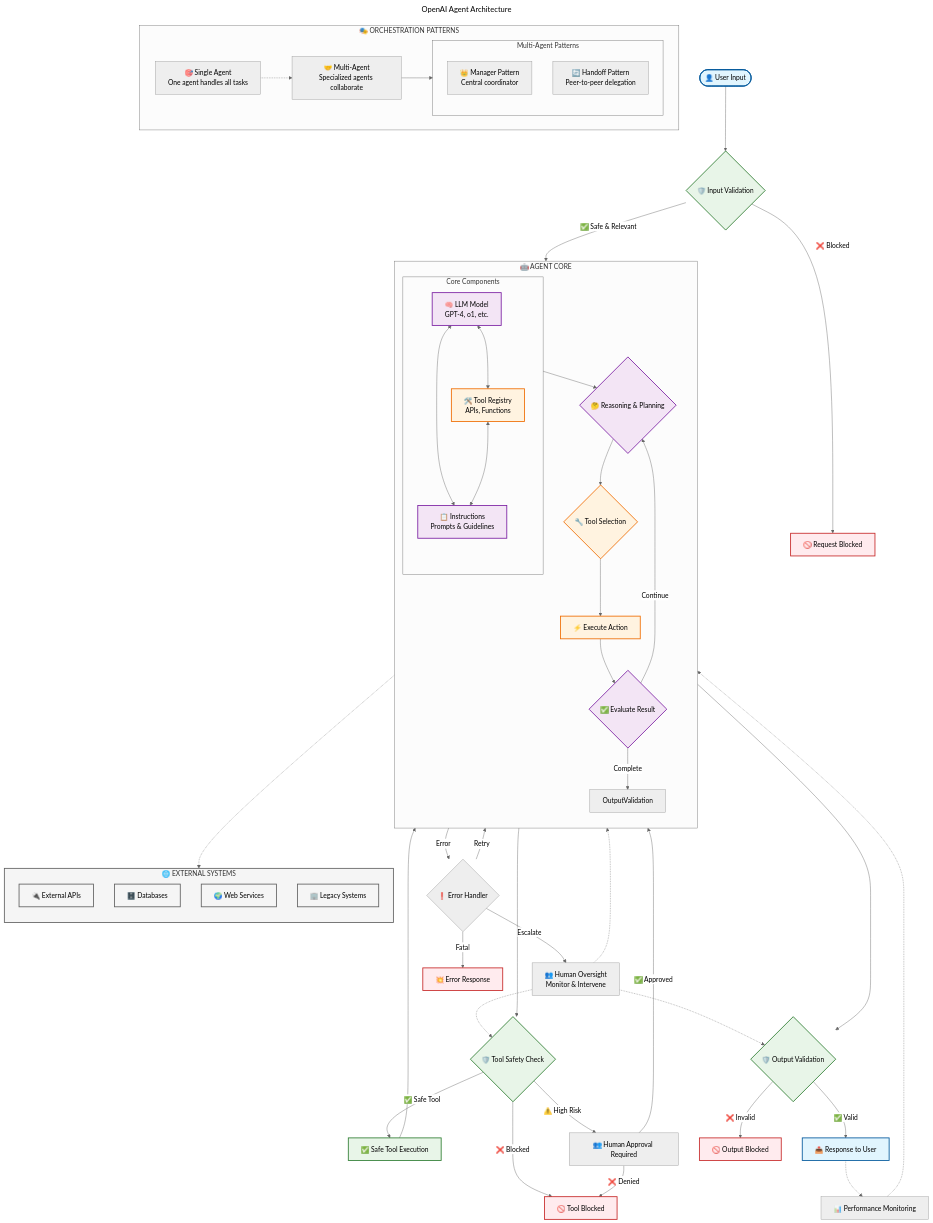
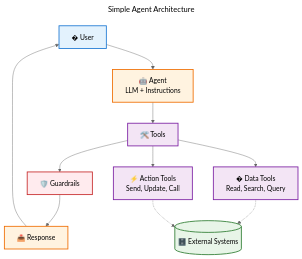
The diagram in concepts/openai-agent-building-guide/diagrams/agent-architecture.mmd (saipraveen-ai/GenAI-Learning-Lab), drawn with Mermaid (neutral theme) before and after one commit. The commit also changed 12 other files, not shown here.

First line of the commit message:
Fix diagram syntax errors and complete 6-diagram system

```diff
--- a/concepts/openai-agent-building-guide/diagrams/agent-architecture.mmd
+++ b/concepts/openai-agent-building-guide/diagrams/agent-architecture.mmd
@@ -1,108 +1,31 @@
 ---
-title: OpenAI Agent Architecture
-description: Clear illustration of agent components, workflow, and safety layers
+title: "Simple Agent Architecture"
 ---
-flowchart TB
-    %% User Input
-    User([👤 User Input]) --> InputGuards{🛡️ Input Validation}
+flowchart TD
+    %% Simple linear flow
+    User[� User] --> Agent[🤖 Agent<br/>LLM + Instructions]
+    Agent --> Tools[🛠️ Tools]
+    Tools --> Safety[🛡️ Guardrails]
+    Safety --> Response[📤 Response]
+    Response --> User
     
-    %% Input Guardrails
-    InputGuards -->|✅ Safe & Relevant| AgentCore
-    InputGuards -->|❌ Blocked| BlockedResponse[🚫 Request Blocked]
+    %% Tool examples (simplified)
+    Tools --> Data[� Data Tools<br/>Read, Search, Query]
+    Tools --> Actions[⚡ Action Tools<br/>Send, Update, Call]
     
-    %% Core Agent Components
-    subgraph AgentCore [🤖 AGENT CORE]
-        direction TB
-        
-        subgraph Components [Core Components]
-            Model[🧠 LLM Model<br/>GPT-4, o1, etc.]
-            Tools[🛠️ Tool Registry<br/>APIs, Functions]
-            Instructions[📋 Instructions<br/>Prompts & Guidelines]
-        end
-        
-        %% Agent Decision Loop
-        Model <--> Tools
-        Model <--> Instructions
-        Tools <--> Instructions
-        
-        %% Workflow Execution
-        Components --> Reasoning{🤔 Reasoning & Planning}
-        Reasoning --> ToolSelection{🔧 Tool Selection}
-        ToolSelection --> Execution[⚡ Execute Action]
-        Execution --> Evaluation{✅ Evaluate Result}
-        Evaluation -->|Continue| Reasoning
-        Evaluation -->|Complete| OutputValidation
-    end
-    
-    %% Tool Safety Layer
-    ToolSelection --> ToolGuards{🛡️ Tool Safety Check}
-    ToolGuards -->|✅ Safe Tool| SafeExecution[✅ Safe Tool Execution]
-    ToolGuards -->|⚠️ High Risk| HumanApproval[👥 Human Approval Required]
-    ToolGuards -->|❌ Blocked| ToolBlocked[🚫 Tool Blocked]
-    
-    SafeExecution --> Execution
-    HumanApproval -->|✅ Approved| Execution
-    HumanApproval -->|❌ Denied| ToolBlocked
-    
-    %% Output Validation
-    OutputValidation --> OutputGuards{🛡️ Output Validation}
-    OutputGuards -->|✅ Valid| FinalResponse[📤 Response to User]
-    OutputGuards -->|❌ Invalid| OutputBlocked[🚫 Output Blocked]
-    
-    %% Orchestration Patterns
-    subgraph Orchestration [🎭 ORCHESTRATION PATTERNS]
-        direction LR
-        SingleAgent[🎯 Single Agent<br/>One agent handles all tasks]
-        MultiAgent[🤝 Multi-Agent<br/>Specialized agents collaborate]
-        
-        subgraph MultiPatterns [Multi-Agent Patterns]
-            Manager[👑 Manager Pattern<br/>Central coordinator]
-            Handoff[🔄 Handoff Pattern<br/>Peer-to-peer delegation]
-        end
-        
-        SingleAgent -.-> MultiAgent
-        MultiAgent --> MultiPatterns
-    end
-    
-    %% External Systems
-    subgraph External [🌐 EXTERNAL SYSTEMS]
-        direction TB
-        APIs[🔌 External APIs]
-        Databases[🗄️ Databases]
-        WebServices[🌍 Web Services]
-        LegacySystems[🏢 Legacy Systems]
-    end
-    
-    %% Connections to external systems
-    Tools -.-> External
-    
-    %% Human Intervention
-    HumanOversight[👥 Human Oversight<br/>Monitor & Intervene]
-    HumanOversight -.-> AgentCore
-    HumanOversight -.-> ToolGuards
-    HumanOversight -.-> OutputGuards
-    
-    %% Error Handling
-    Evaluation -->|Error| ErrorHandler{❗ Error Handler}
-    ErrorHandler -->|Retry| Reasoning
-    ErrorHandler -->|Escalate| HumanOversight
-    ErrorHandler -->|Fatal| ErrorResponse[💥 Error Response]
-    
-    %% Feedback Loop
-    FinalResponse -.-> Feedback[📊 Performance Monitoring]
-    Feedback -.-> Model
+    %% External systems
+    Data -.-> Systems[(🗄️ External Systems)]
+    Actions -.-> Systems
     
     %% Styling
-    classDef userClass fill:#e1f5fe,stroke:#01579b,stroke-width:2px
-    classDef safetyClass fill:#e8f5e8,stroke:#2e7d32,stroke-width:2px
-    classDef dangerClass fill:#ffebee,stroke:#c62828,stroke-width:2px
-    classDef coreClass fill:#f3e5f5,stroke:#7b1fa2,stroke-width:2px
-    classDef toolClass fill:#fff3e0,stroke:#ef6c00,stroke-width:2px
-    classDef externalClass fill:#f5f5f5,stroke:#616161,stroke-width:2px
+    classDef userClass fill:#e3f2fd,stroke:#1976d2,stroke-width:2px
+    classDef agentClass fill:#fff3e0,stroke:#ef6c00,stroke-width:2px
+    classDef toolClass fill:#f3e5f5,stroke:#7b1fa2,stroke-width:2px
+    classDef safetyClass fill:#ffebee,stroke:#c62828,stroke-width:2px
+    classDef systemClass fill:#e8f5e8,stroke:#2e7d32,stroke-width:2px
     
-    class User,FinalResponse userClass
-    class InputGuards,ToolGuards,OutputGuards,SafeExecution safetyClass
-    class BlockedResponse,ToolBlocked,OutputBlocked,ErrorResponse dangerClass
-    class Model,Instructions,Reasoning,Evaluation coreClass
-    class Tools,ToolSelection,Execution toolClass
-    class External,APIs,Databases,WebServices,LegacySystems externalClass
+    class User userClass
+    class Agent,Response agentClass
+    class Tools,Data,Actions toolClass
+    class Safety safetyClass
+    class Systems systemClass
```
